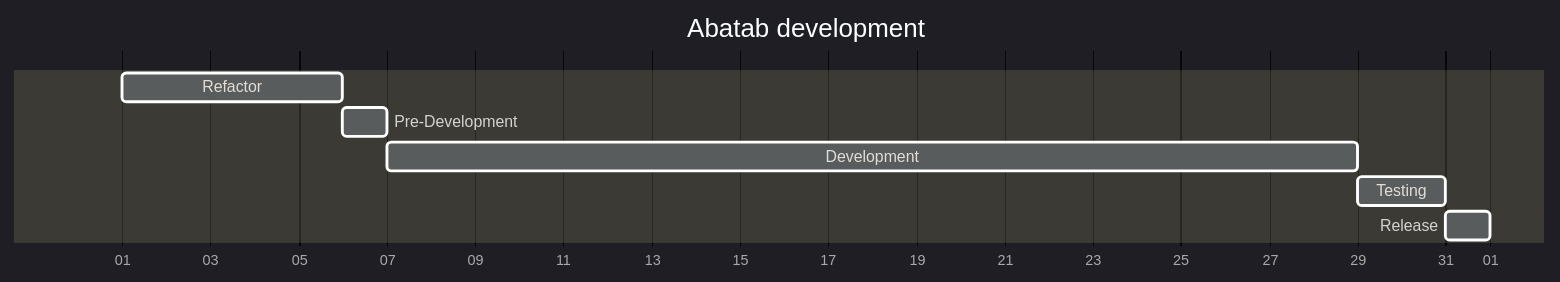
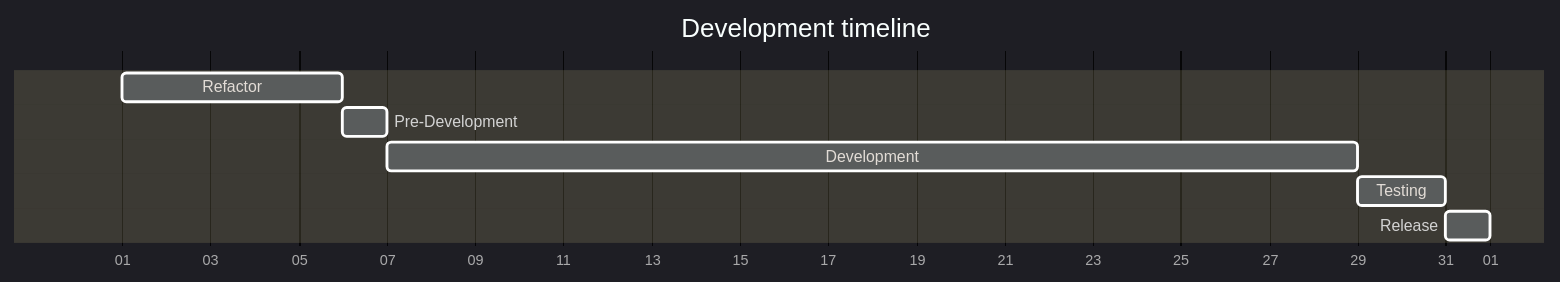
Before and after one commit to spectrum-health-systems/Abatab-Documentation-Project: the third of 4 diagrams in Development/README.md, drawn with Mermaid. The commit also changed other lines of this file, not shown here.

````diff
--- a/Development/README.md
+++ b/Development/README.md
@@ -26,12 +59,12 @@
 ```mermaid
 %%{init: {'theme':'dark'}}%%
 gantt
-  title Abatab development
+  title Development timeline
   dateFormat X
   axisFormat %d
   Refactor : 0, 5d
   Pre-Development : 1d
   Development : 22d
   Testing : 2d
   Release : 1d
 ```
````
